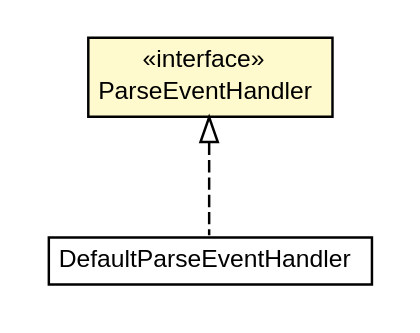
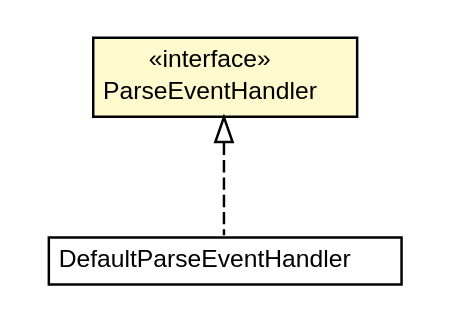
Before and after one commit to trajano/jetng: the diagram in apidocs/net/trajano/jetng/ParseEventHandler.dot, drawn with Graphviz. The commit also changed 229 other files, not shown here.

```diff
--- a/apidocs/net/trajano/jetng/ParseEventHandler.dot
+++ b/apidocs/net/trajano/jetng/ParseEventHandler.dot
@@ -1,27 +1,27 @@
 #!/usr/local/bin/dot
 #
 # Class diagram 
 # Generated by UMLGraph version R5_6-24-gf6e263 (http://www.umlgraph.org/)
 #
 
 digraph G {
-	edge [fontname="arial",fontsize=10,labelfontname="arial",labelfontsize=10];
-	node [fontname="arial",fontsize=10,shape=plaintext];
+	edge [fontname="Helvetica",fontsize=10,labelfontname="Helvetica",labelfontsize=10];
+	node [fontname="Helvetica",fontsize=10,shape=plaintext];
 	nodesep=0.25;
 	ranksep=0.5;
 	// net.trajano.jetng.ParseEventHandler
 	c418 [label=<<table title="net.trajano.jetng.ParseEventHandler" border="0" cellborder="1" cellspacing="0" cellpadding="2" port="p" bgcolor="lemonChiffon" href="./ParseEventHandler.html">
 		<tr><td><table border="0" cellspacing="0" cellpadding="1">
 <tr><td align="center" balign="center"> &#171;interface&#187; </td></tr>
 <tr><td align="center" balign="center"> ParseEventHandler </td></tr>
 		</table></td></tr>
-		</table>>, URL="./ParseEventHandler.html", fontname="arial", fontcolor="black", fontsize=10.0];
+		</table>>, URL="./ParseEventHandler.html", fontname="Helvetica", fontcolor="black", fontsize=10.0];
 	// net.trajano.jetng.DefaultParseEventHandler
 	c421 [label=<<table title="net.trajano.jetng.DefaultParseEventHandler" border="0" cellborder="1" cellspacing="0" cellpadding="2" port="p" href="./DefaultParseEventHandler.html">
 		<tr><td><table border="0" cellspacing="0" cellpadding="1">
 <tr><td align="center" balign="center"> DefaultParseEventHandler </td></tr>
 		</table></td></tr>
-		</table>>, URL="./DefaultParseEventHandler.html", fontname="arial", fontcolor="black", fontsize=10.0];
+		</table>>, URL="./DefaultParseEventHandler.html", fontname="Helvetica", fontcolor="black", fontsize=10.0];
 	//net.trajano.jetng.DefaultParseEventHandler implements net.trajano.jetng.ParseEventHandler
 	c418:p -> c421:p [dir=back,arrowtail=empty,style=dashed];
 }
```
